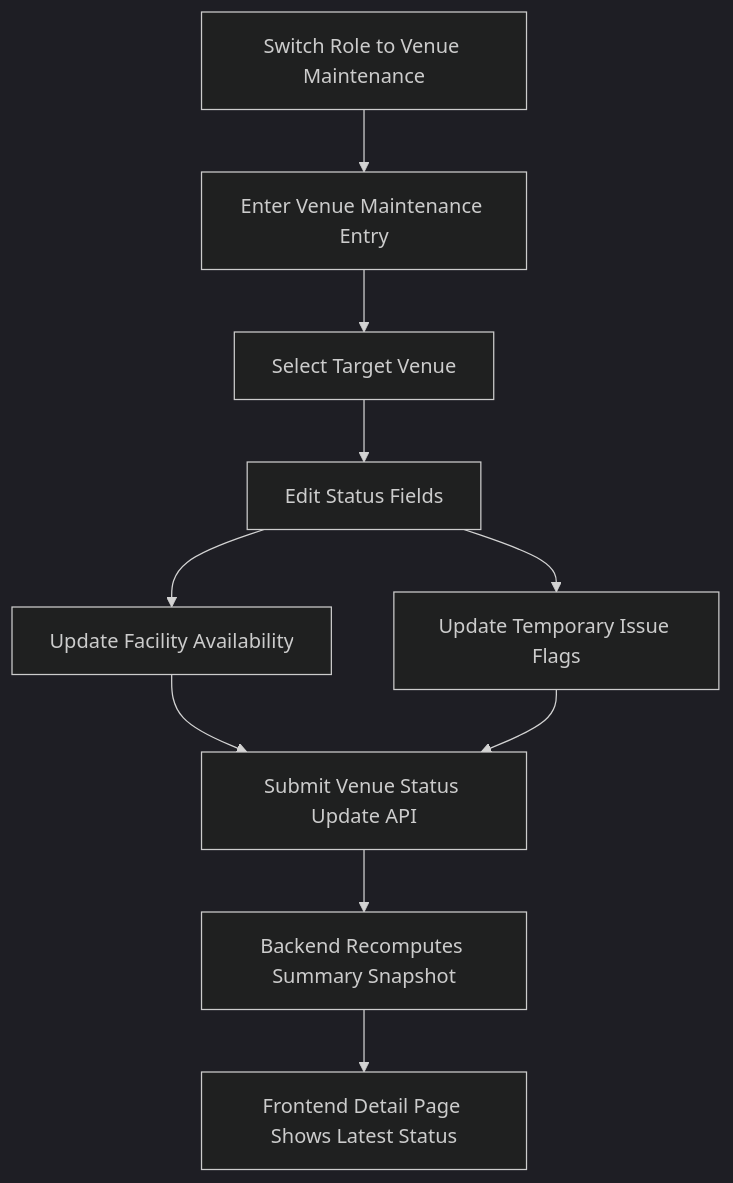
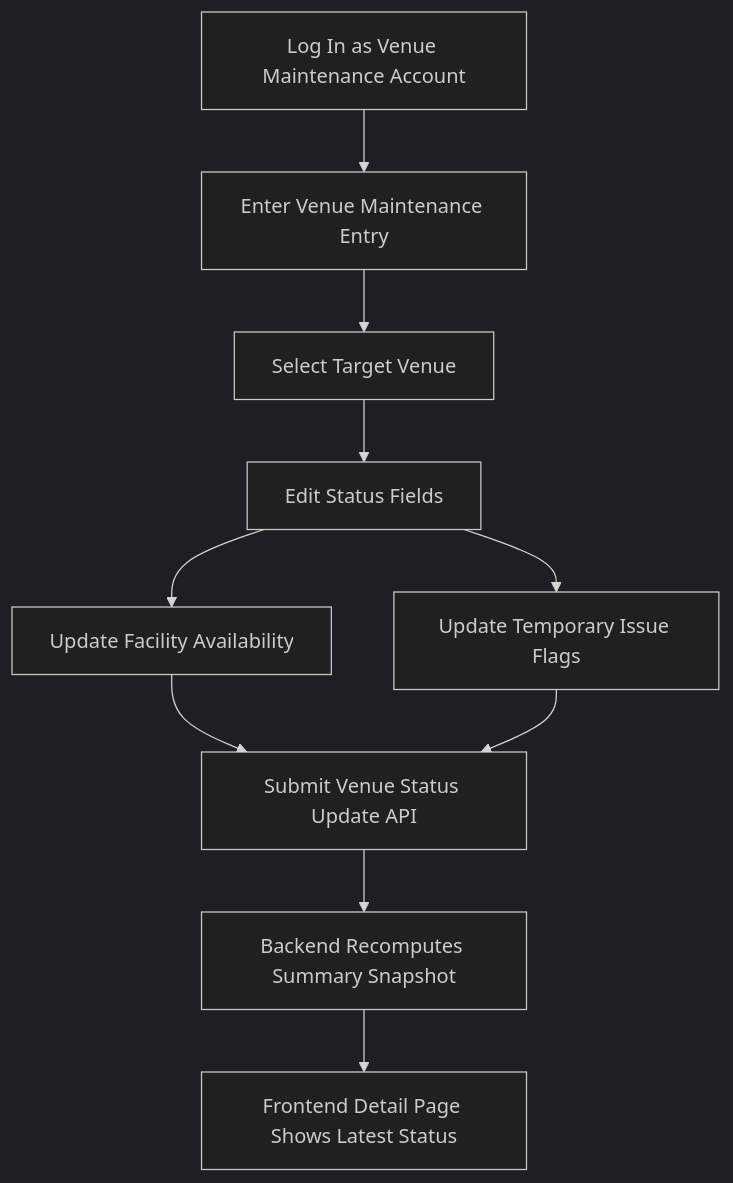
Before and after one commit to angelyng09/Luma: the third of 4 diagrams in Luma_Role Features & Workflow Diagram.md, drawn with Mermaid (dark theme). The commit also changed other lines of this file and 2 other files, not shown here.

````diff
--- a/Luma_Role Features & Workflow Diagram.md
+++ b/Luma_Role Features & Workflow Diagram.md
@@ -83,12 +83,12 @@
 ```mermaid
 flowchart TD
-    A[Switch Role to Venue Maintenance] --> B[Enter Venue Maintenance Entry]
+    A[Log In as Venue Maintenance Account] --> B[Enter Venue Maintenance Entry]
     B --> C[Select Target Venue]
     C --> D[Edit Status Fields]
     D --> E[Update Facility Availability]
     D --> F[Update Temporary Issue Flags]
     E --> G[Submit Venue Status Update API]
     F --> G
     G --> H[Backend Recomputes Summary Snapshot]
     H --> I[Frontend Detail Page Shows Latest Status]
 ```
````
